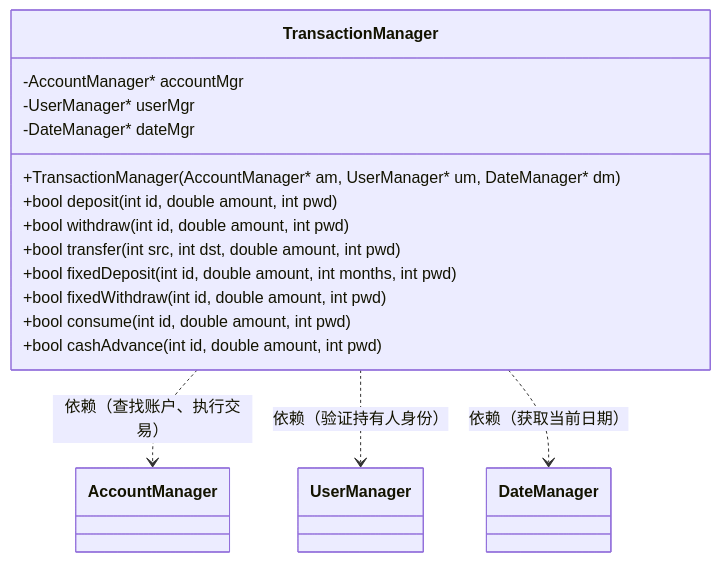
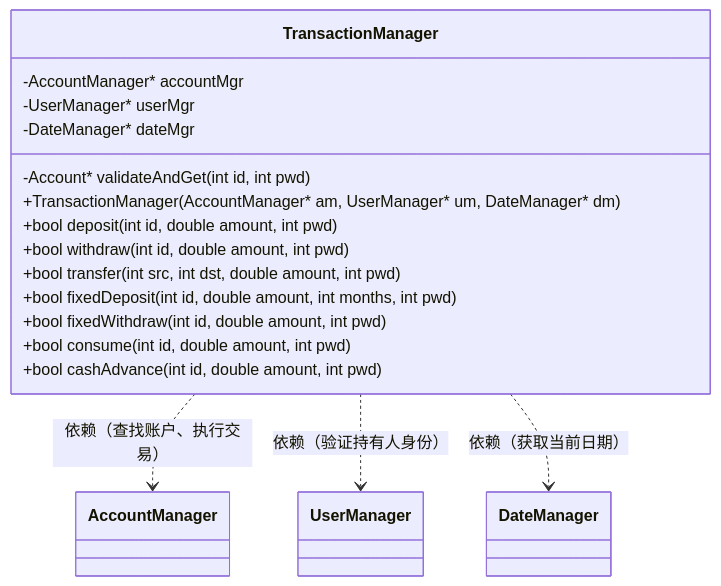
Before and after one commit to Suyouli0527/thu_cpphw_csc: diagram 11 of 17 in include/设计说明书.md, drawn with Mermaid. The commit also changed other lines of this file and 5 other files, not shown here.

````diff
--- a/include/设计说明书.md
+++ b/include/设计说明书.md
@@ -318,21 +318,22 @@
 ```mermaid
 classDiagram
     direction TB
     class TransactionManager {
         -AccountManager* accountMgr
         -UserManager* userMgr
         -DateManager* dateMgr
+        -Account* validateAndGet(int id, int pwd)
         +TransactionManager(AccountManager* am, UserManager* um, DateManager* dm)
         +bool deposit(int id, double amount, int pwd)
         +bool withdraw(int id, double amount, int pwd)
         +bool transfer(int src, int dst, double amount, int pwd)
         +bool fixedDeposit(int id, double amount, int months, int pwd)
         +bool fixedWithdraw(int id, double amount, int pwd)
         +bool consume(int id, double amount, int pwd)
         +bool cashAdvance(int id, double amount, int pwd)
     }
 
     TransactionManager ..> AccountManager : 依赖（查找账户、执行交易）
     TransactionManager ..> UserManager : 依赖（验证持有人身份）
     TransactionManager ..> DateManager : 依赖（获取当前日期）
 ```
````
